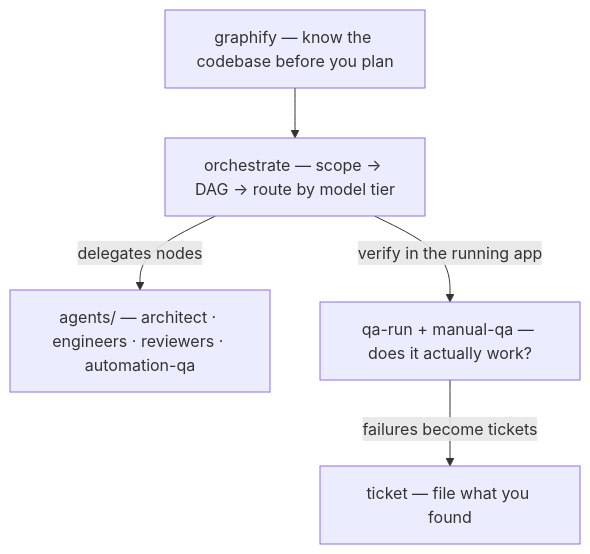
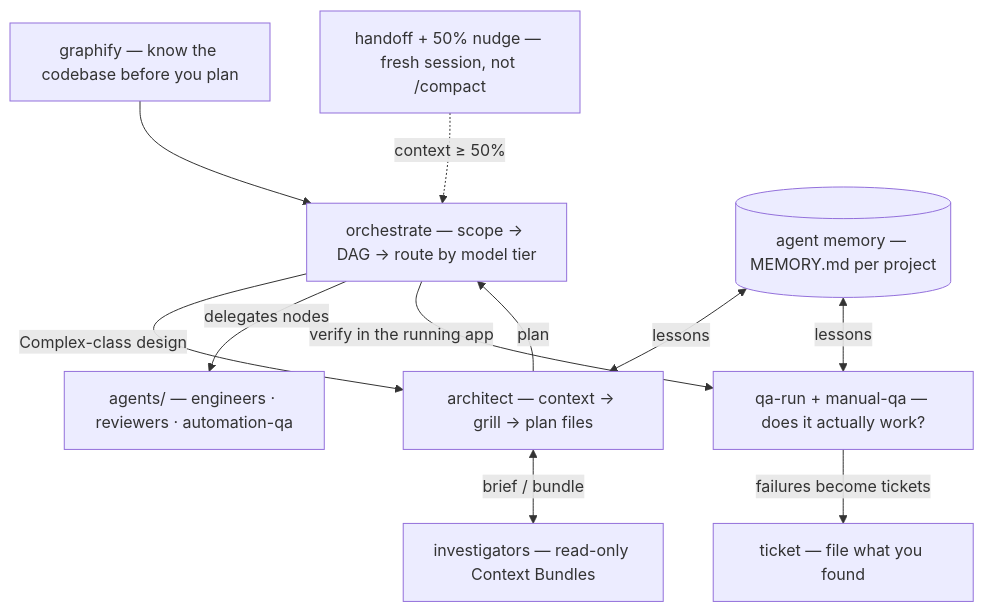
The diagram in README.md (a-saven/agent-skills), drawn with Mermaid before and after one commit. The commit also changed other lines of this file and 27 other files, not shown here.

````diff
--- a/README.md
+++ b/README.md
@@ -42,12 +57,22 @@
 ```mermaid
 flowchart TD
+  GRAPH["graphify — know the codebase before you plan"]
   ORCH["orchestrate — scope → DAG → route by model tier"]
-  TEAM["agents/ — architect · engineers · reviewers · automation-qa"]
+  ARCH["architect — context → grill → plan files"]
+  SCOUT["investigators — read-only Context Bundles"]
+  MEM[("agent memory — MEMORY.md per project")]
+  TEAM["agents/ — engineers · reviewers · automation-qa"]
   QA["qa-run + manual-qa — does it actually work?"]
   TIX["ticket — file what you found"]
-  GRAPH["graphify — know the codebase before you plan"]
+  HAND["handoff + 50% nudge — fresh session, not /compact"]
   GRAPH --> ORCH
+  ORCH -->|Complex-class design| ARCH
+  ARCH <-->|brief / bundle| SCOUT
+  MEM <-->|lessons| ARCH
+  MEM <-->|lessons| QA
+  ARCH -->|plan| ORCH
   ORCH -->|delegates nodes| TEAM
   ORCH -->|verify in the running app| QA
   QA -->|failures become tickets| TIX
+  HAND -.->|context ≥ 50%| ORCH
 ```
````
